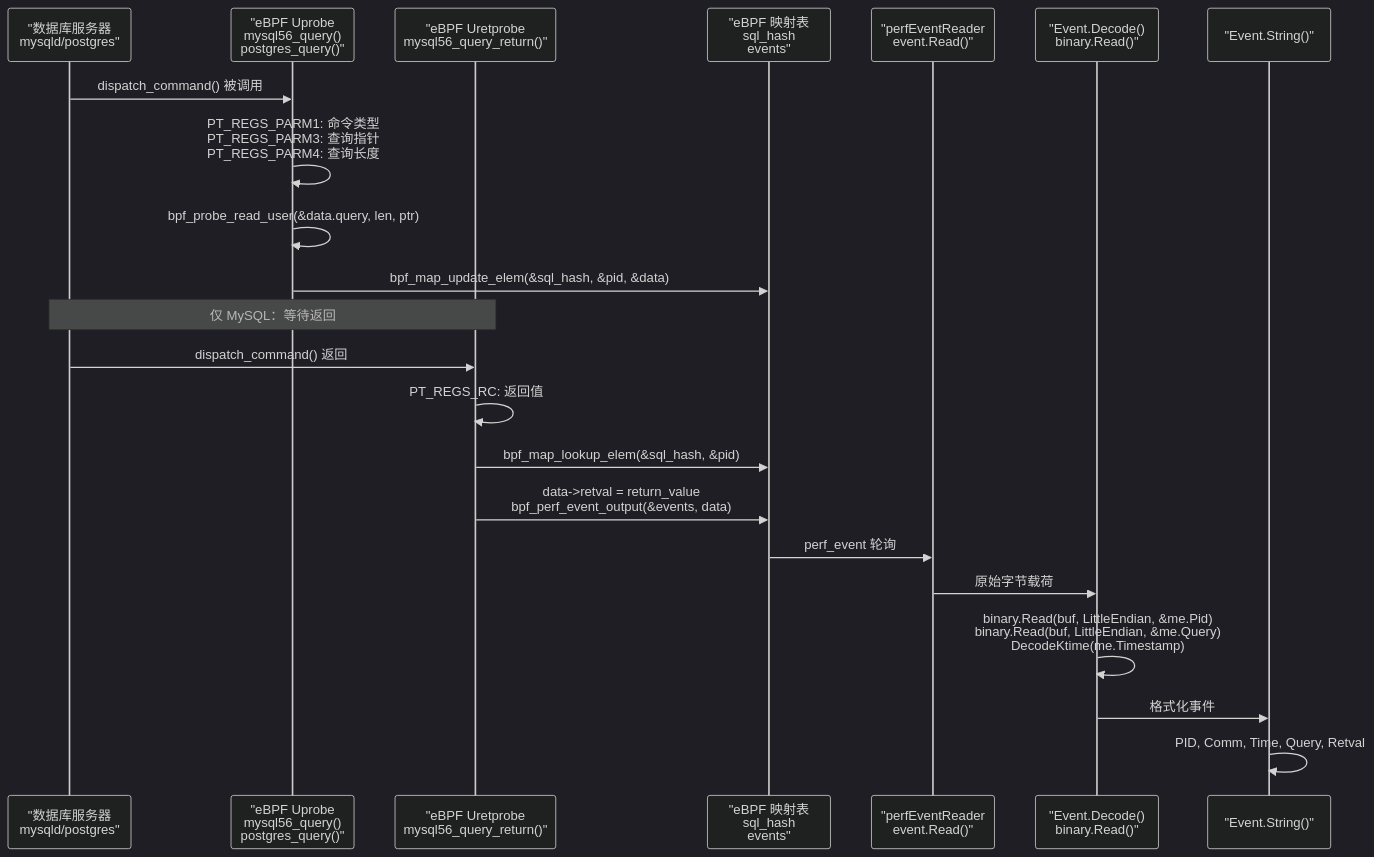
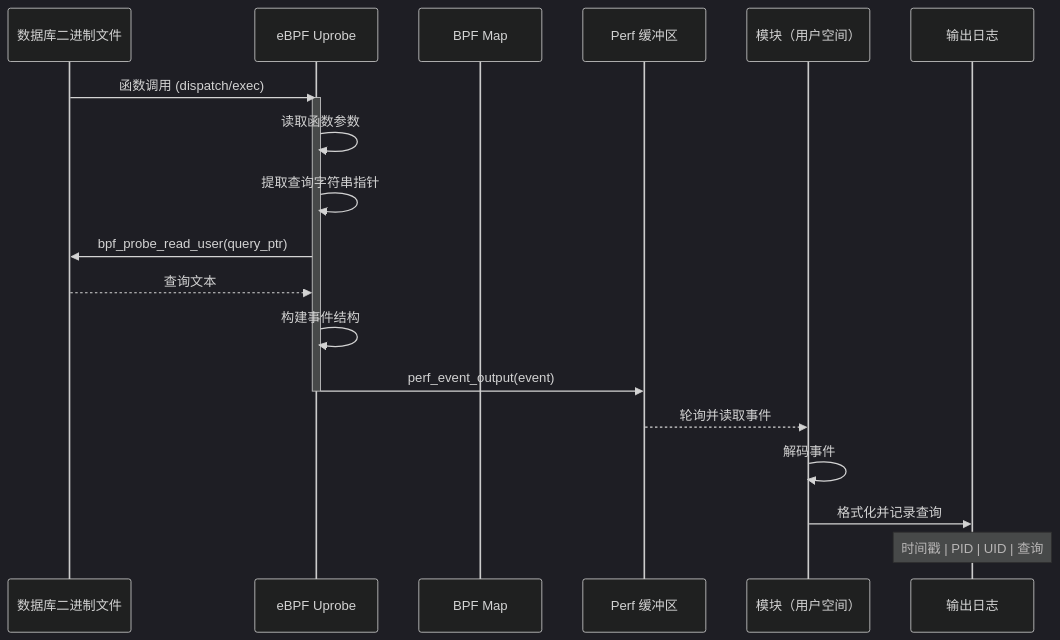
One commit to gojue/ecapture.cc changed the fourth of 4 diagrams in src/zh/3-capture-modules/3.2.2-database-query-auditing.md. Above: the diagram before and after it, drawn with Mermaid (dark theme). The commit also changed other lines of this file and 115 other files, not shown here.

````diff
--- a/src/zh/3-capture-modules/3.2.2-database-query-auditing.md
+++ b/src/zh/3-capture-modules/3.2.2-database-query-auditing.md
@@ -380,28 +307,26 @@
 ```mermaid
 sequenceDiagram
-    participant DB as "数据库服务器<br/>mysqld/postgres"
-    participant Uprobe as "eBPF Uprobe<br/>mysql56_query()<br/>postgres_query()"
-    participant Uretprobe as "eBPF Uretprobe<br/>mysql56_query_return()"
-    participant Maps as "eBPF 映射表<br/>sql_hash<br/>events"
-    participant Reader as "perfEventReader<br/>event.Read()"
-    participant Decode as "Event.Decode()<br/>binary.Read()"
-    participant Output as "Event.String()"
+    participant DB as 数据库二进制文件
+    participant Uprobe as eBPF Uprobe
+    participant Map as BPF Map
+    participant Perf as Perf 缓冲区
+    participant Module as 模块（用户空间）
+    participant Logger as 输出日志
     
-    DB->>Uprobe: dispatch_command() 被调用
-    Uprobe->>Uprobe: PT_REGS_PARM1: 命令类型<br/>PT_REGS_PARM3: 查询指针<br/>PT_REGS_PARM4: 查询长度
-    Uprobe->>Uprobe: bpf_probe_read_user(&data.query, len, ptr)
-    Uprobe->>Maps: bpf_map_update_elem(&sql_hash, &pid, &data)
+    DB->>Uprobe: 函数调用 (dispatch/exec)
     
-    Note over DB,Uretprobe: 仅 MySQL：等待返回
+    activate Uprobe
+    Uprobe->>Uprobe: 读取函数参数
+    Uprobe->>Uprobe: 提取查询字符串指针
+    Uprobe->>DB: bpf_probe_read_user(query_ptr)
+    DB-->>Uprobe: 查询文本
+    Uprobe->>Uprobe: 构建事件结构
+    Uprobe->>Perf: perf_event_output(event)
+    deactivate Uprobe
     
-    DB->>Uretprobe: dispatch_command() 返回
-    Uretprobe->>Uretprobe: PT_REGS_RC: 返回值
-    Uretprobe->>Maps: bpf_map_lookup_elem(&sql_hash, &pid)
-    Uretprobe->>Maps: data->retval = return_value<br/>bpf_perf_event_output(&events, data)
+    Perf-->>Module: 轮询并读取事件
+    Module->>Module: 解码事件
+    Module->>Logger: 格式化并记录查询
     
-    Maps->>Reader: perf_event 轮询
-    Reader->>Decode: 原始字节载荷
-    Decode->>Decode: binary.Read(buf, LittleEndian, &me.Pid)<br/>binary.Read(buf, LittleEndian, &me.Query)<br/>DecodeKtime(me.Timestamp)
-    Decode->>Output: 格式化事件
-    Output->>Output: PID, Comm, Time, Query, Retval
+    Note over Logger: 时间戳 | PID | UID | 查询
 ```
````
